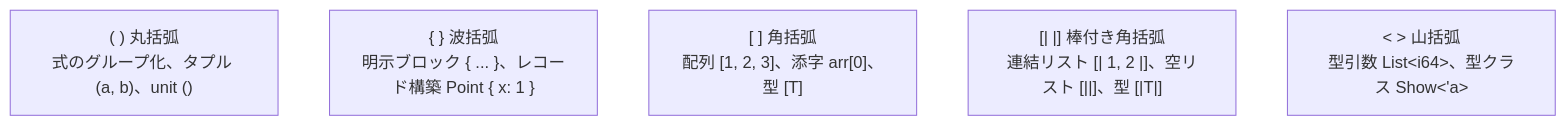
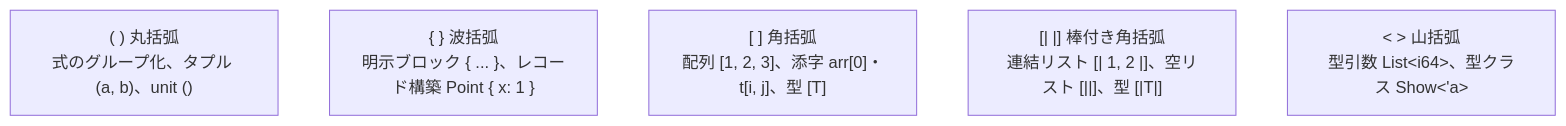
One commit to tatsuya-midorikawa/Tsuzuri changed the diagram in _tsuzuri/language-reference/values-and-functions/tokens.md. Above: the diagram before and after it, drawn with Mermaid. The commit also changed 40 other files, not shown here.

````diff
--- a/_tsuzuri/language-reference/values-and-functions/tokens.md
+++ b/_tsuzuri/language-reference/values-and-functions/tokens.md
@@ -58,8 +58,8 @@
 ```mermaid
 flowchart TD
     parens["( ) 丸括弧<br/>式のグループ化、タプル (a, b)、unit ()"]
     braces["{ } 波括弧<br/>明示ブロック { ... }、レコード構築 Point { x: 1 }"]
-    brackets["[ ] 角括弧<br/>配列 [1, 2, 3]、添字 arr[0]、型 [T]"]
+    brackets["[ ] 角括弧<br/>配列 [1, 2, 3]、添字 arr[0]・t[i, j]、型 [T]"]
     lists["[| |] 棒付き角括弧<br/>連結リスト [| 1, 2 |]、空リスト [||]、型 [|T|]"]
     angles["&lt; &gt; 山括弧<br/>型引数 List&lt;i64&gt;、型クラス Show&lt;'a&gt;"]
 ```
````
